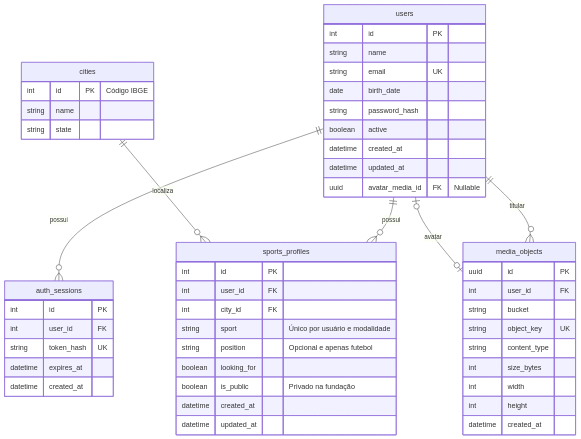
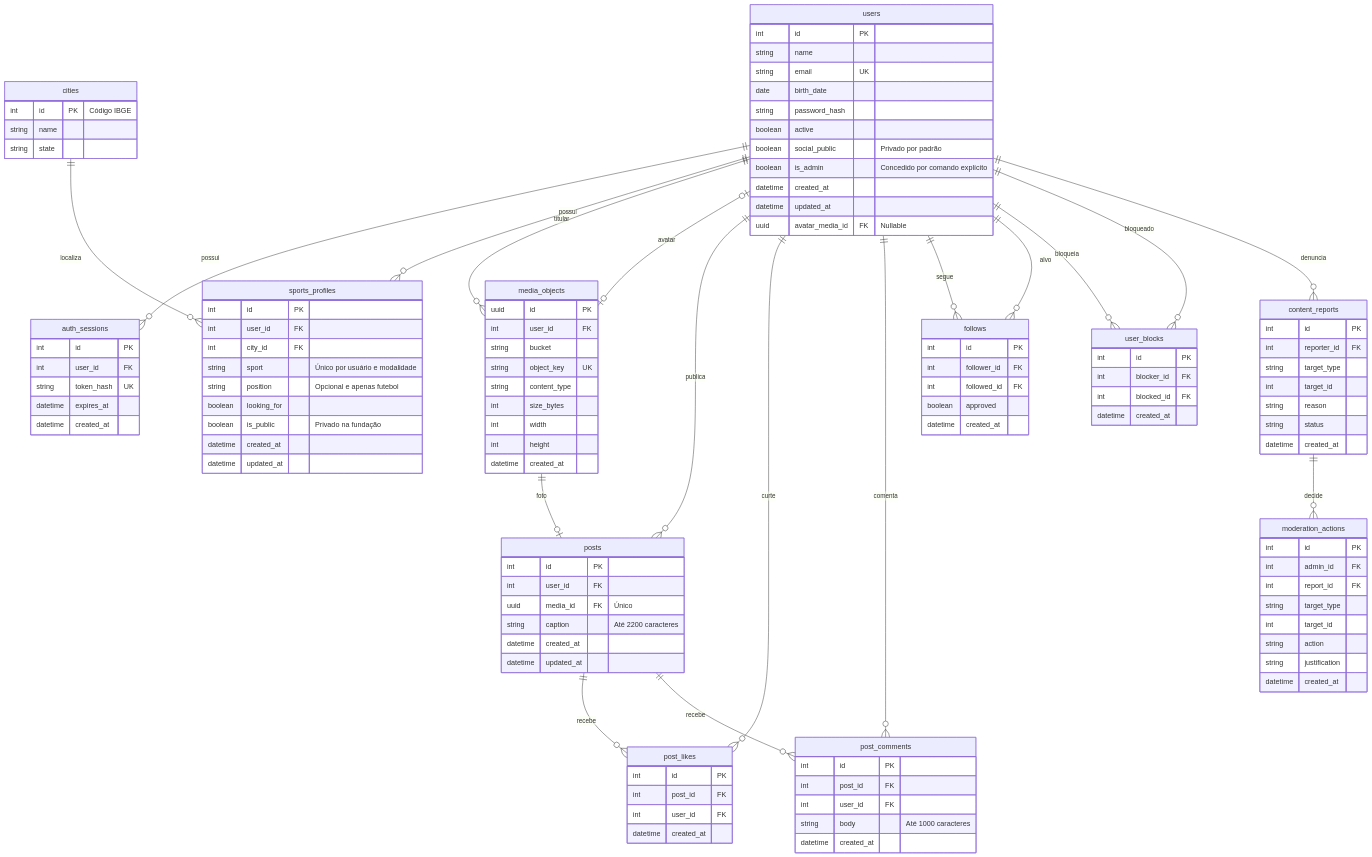
One commit to davicl04/arena changed the second of 2 diagrams in docs/diagramas/fundacao.md. Above: the diagram before and after it, drawn with Mermaid. The commit also changed other lines of this file and 37 other files, not shown here.

````diff
--- a/docs/diagramas/fundacao.md
+++ b/docs/diagramas/fundacao.md
@@ -18,6 +20,18 @@
     users ||--o{ sports_profiles : possui
     users ||--o{ media_objects : titular
     users o|--o| media_objects : avatar
+    users ||--o{ posts : publica
+    media_objects ||--o| posts : foto
+    posts ||--o{ post_likes : recebe
+    users ||--o{ post_likes : curte
+    posts ||--o{ post_comments : recebe
+    users ||--o{ post_comments : comenta
+    users ||--o{ follows : segue
+    users ||--o{ follows : alvo
+    users ||--o{ user_blocks : bloqueia
+    users ||--o{ user_blocks : bloqueado
+    users ||--o{ content_reports : denuncia
+    content_reports ||--o{ moderation_actions : decide
     cities ||--o{ sports_profiles : localiza
     users {
         int id PK
@@ -26,6 +40,8 @@
         date birth_date
         string password_hash
         boolean active
+        boolean social_public "Privado por padrão"
+        boolean is_admin "Concedido por comando explícito"
         datetime created_at
         datetime updated_at
         uuid avatar_media_id FK "Nullable"
@@ -64,4 +80,57 @@
         datetime created_at
         datetime updated_at
     }
+    posts {
+        int id PK
+        int user_id FK
+        uuid media_id FK "Único"
+        string caption "Até 2200 caracteres"
+        datetime created_at
+        datetime updated_at
+    }
+    post_likes {
+        int id PK
+        int post_id FK
+        int user_id FK
+        datetime created_at
+    }
+    post_comments {
+        int id PK
+        int post_id FK
+        int user_id FK
+        string body "Até 1000 caracteres"
+        datetime created_at
+    }
+    follows {
+        int id PK
+        int follower_id FK
+        int followed_id FK
+        boolean approved
+        datetime created_at
+    }
+    user_blocks {
+        int id PK
+        int blocker_id FK
+        int blocked_id FK
+        datetime created_at
+    }
+    content_reports {
+        int id PK
+        int reporter_id FK
+        string target_type
+        int target_id
+        string reason
+        string status
+        datetime created_at
+    }
+    moderation_actions {
+        int id PK
+        int admin_id FK
+        int report_id FK
+        string target_type
+        int target_id
+        string action
+        string justification
+        datetime created_at
+    }
 ```
````
